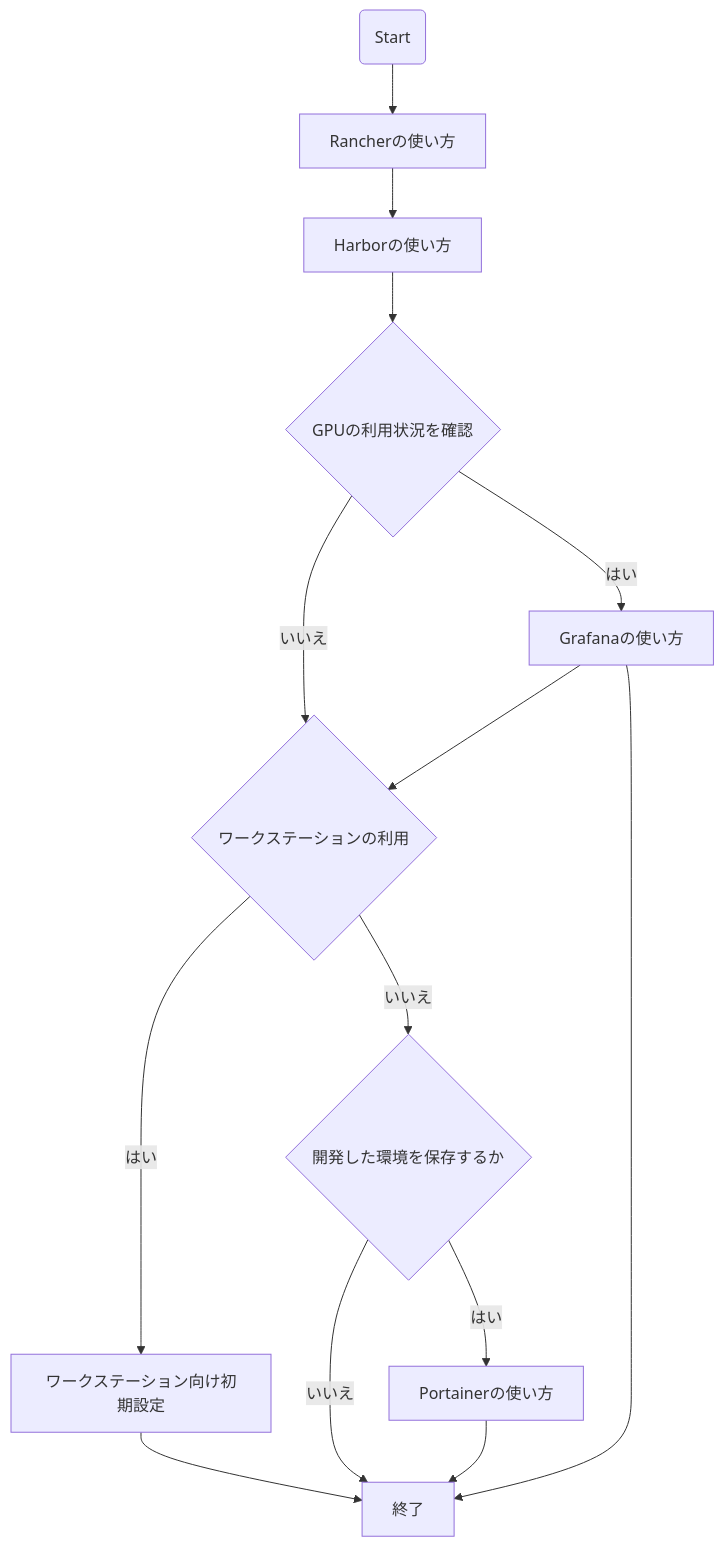
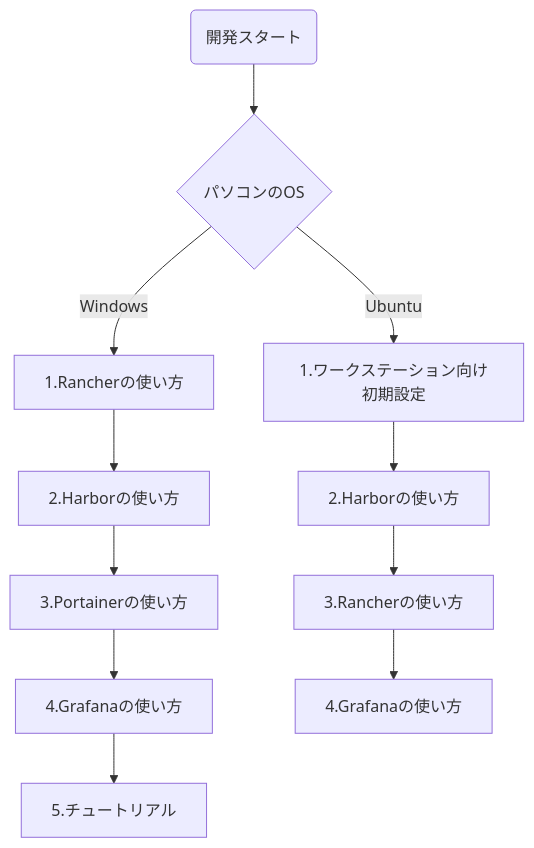
Before and after one commit to Kaka1127/guide: the diagram in content/developer/_index.md, drawn with Mermaid. The commit also changed 21 other files, not shown here.

```diff
--- a/content/developer/_index.md
+++ b/content/developer/_index.md
@@ -15,16 +15,13 @@
 {{<mermaid align="center">}}
 graph TD;
-    A(Start) --> B[Rancherの使い方]
-    B --> C[Harborの使い方]
-    C --> D{GPUの利用状況を確認}
-    D --> |はい| E[Grafanaの使い方]
-    D --> |いいえ| F{ワークステーションの利用}
-    E --> F
-    F --> |はい| G[ワークステーション向け初期設定]
-    F --> |いいえ| K{開発した環境を保存するか}
-    G --> Z
-    K --> |はい| H[Portainerの使い方]
-    K --> |いいえ| Z[終了]
-    H --> Z
-    E --> Z
+    A(開発スタート) --> B{パソコンのOS}
+    B --> |Windows| C[1.Rancherの使い方]
+    B --> |Ubuntu| D[1.ワークステーション向け初期設定]
+    C --> E[2.Harborの使い方]
+    D --> F[2.Harborの使い方]
+    F --> G[3.Rancherの使い方]
+    E --> H[3.Portainerの使い方]
+    H --> J[4.Grafanaの使い方]
+    G --> L[4.Grafanaの使い方]
+    J --> K[5.チュートリアル]
 {{< /mermaid >}}
```
